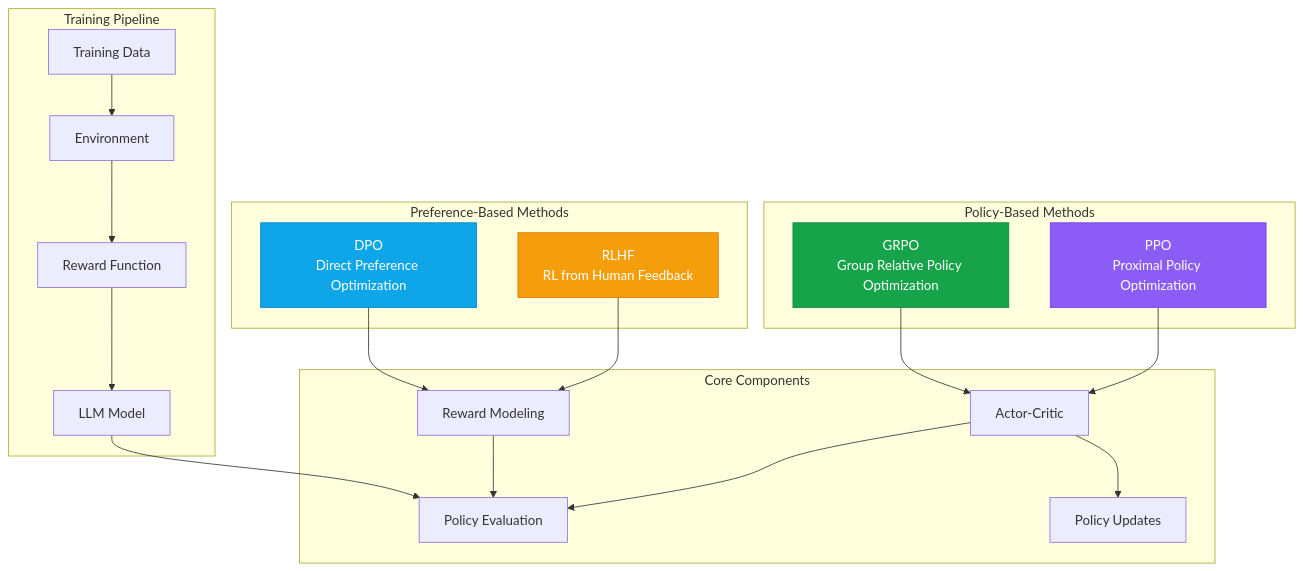
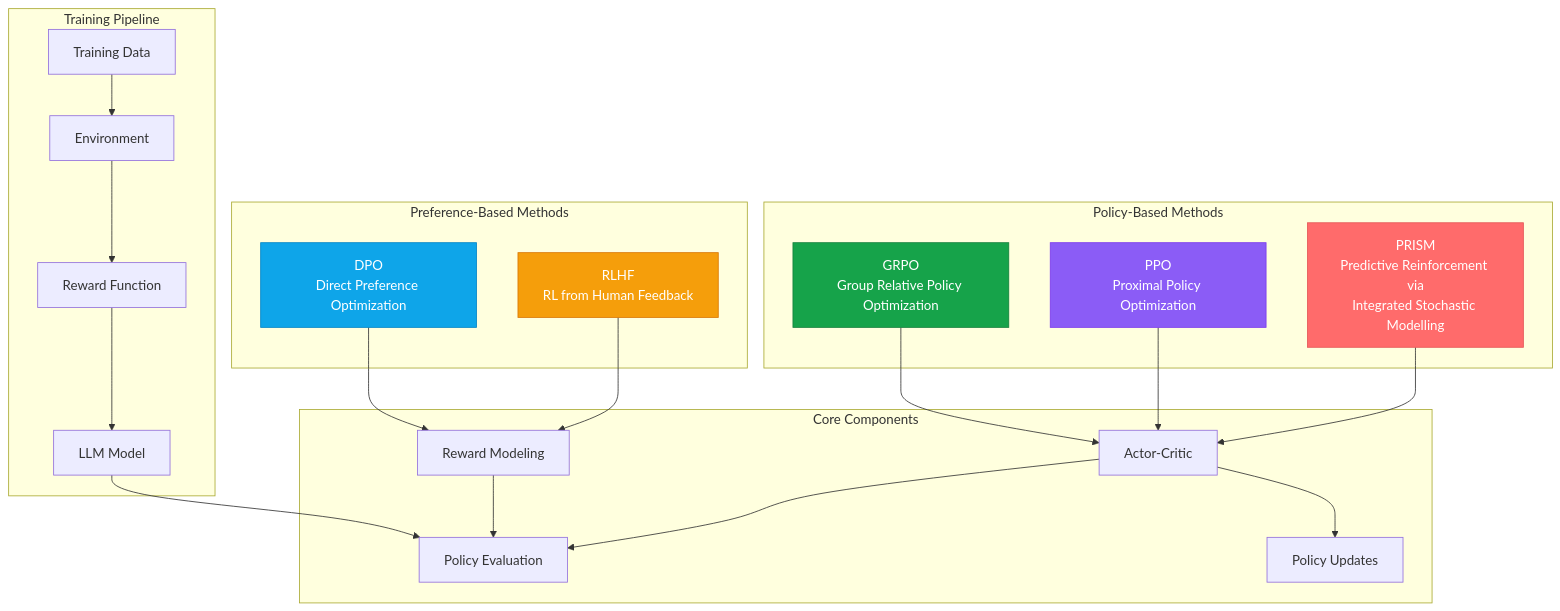
One commit to Aayan-Mishra/docs changed the diagram in artemis/algorithms/overview.mdx. Above: the diagram before and after it, drawn with Mermaid. The commit also changed other lines of this file and 2 other files, not shown here.

Commit message:
added prism

````diff
--- a/artemis/algorithms/overview.mdx
+++ b/artemis/algorithms/overview.mdx
@@ -10,45 +10,48 @@
 ```mermaid
 graph TD
     subgraph "Policy-Based Methods"
         GRPO[GRPO<br/>Group Relative Policy Optimization]
         PPO[PPO<br/>Proximal Policy Optimization]
+        PRISM[PRISM<br/>Predictive Reinforcement via<br/>Integrated Stochastic Modelling]
     end
     
     subgraph "Preference-Based Methods"
         DPO[DPO<br/>Direct Preference Optimization]
         RLHF[RLHF<br/>RL from Human Feedback]
     end
     
     subgraph "Core Components"
         AC[Actor-Critic]
         RB[Reward Modeling]
         PE[Policy Evaluation]
         PU[Policy Updates]
     end
     
     subgraph "Training Pipeline"
         DATA[Training Data]
         ENV[Environment]
         REWARD[Reward Function]
         MODEL[LLM Model]
     end
     
     GRPO --> AC
     PPO --> AC
+    PRISM --> AC
     DPO --> RB
     RLHF --> RB
     
     AC --> PE
     AC --> PU
     RB --> PE
     
     DATA --> ENV
     ENV --> REWARD
     REWARD --> MODEL
     MODEL --> PE
     
     style GRPO fill:#16A34A,stroke:#15803D,color:#fff
     style DPO fill:#0EA5E9,stroke:#0284C7,color:#fff
     style PPO fill:#8B5CF6,stroke:#7C3AED,color:#fff
+    style PRISM fill:#FF6B6B,stroke:#E55555,color:#fff
     style RLHF fill:#F59E0B,stroke:#D97706,color:#fff
 ```
````
